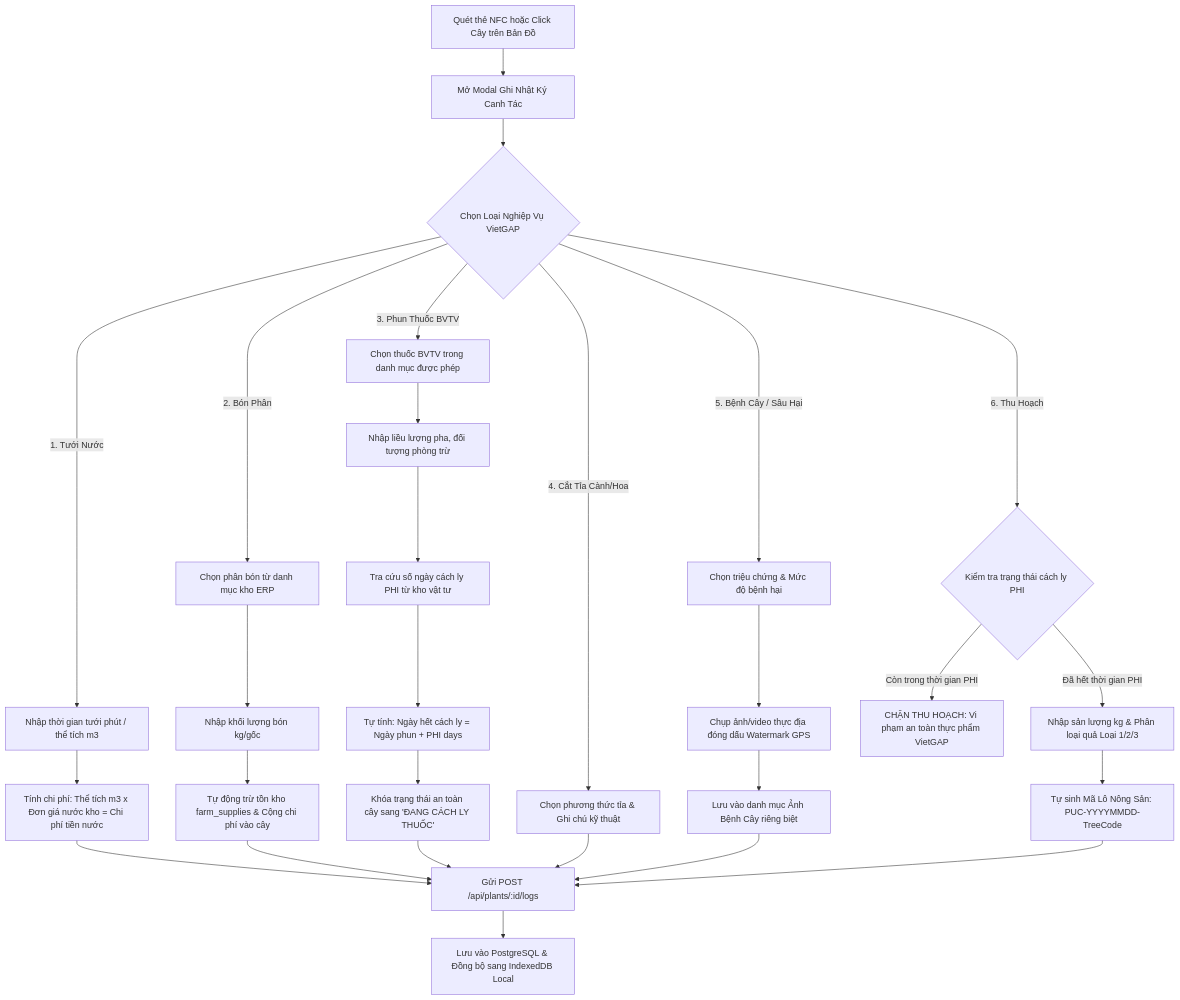
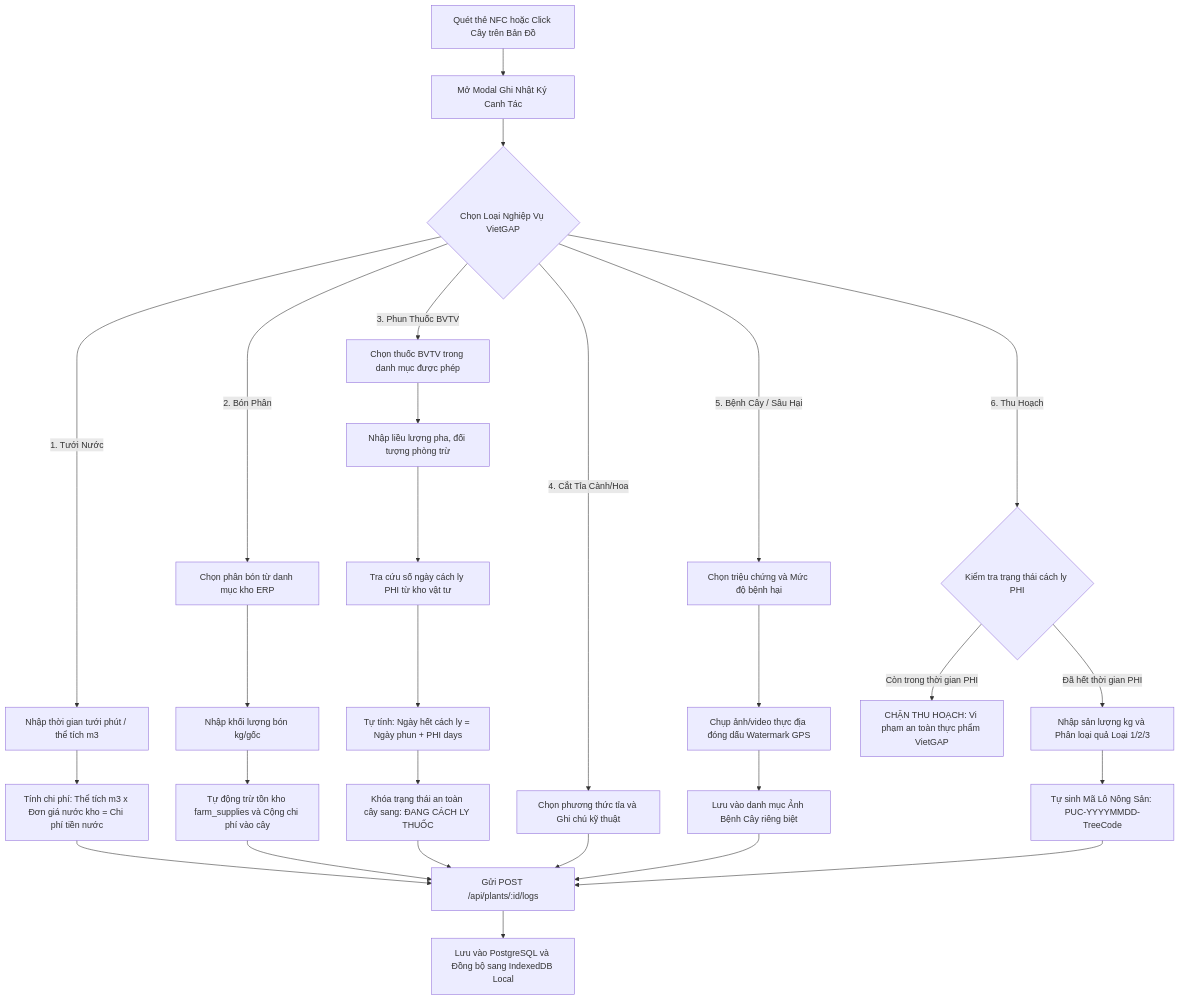
Before and after one commit to Phuc0901-pp/plant-book: the sixth of 16 diagrams in README.md, drawn with Mermaid. The commit also changed other lines of this file, not shown here.

Commit message:
docs: resolve mermaid parse errors and update enterprise system documentation

````diff
--- a/README.md
+++ b/README.md
@@ -310,44 +310,44 @@
 ```mermaid
 flowchart TD
-    A[Quét thẻ NFC hoặc Click Cây trên Bản Đồ] --> B[Mở Modal Ghi Nhật Ký Canh Tác]
-    B --> C{Chọn Loại Nghiệp Vụ VietGAP}
+    A["Quét thẻ NFC hoặc Click Cây trên Bản Đồ"] --> B["Mở Modal Ghi Nhật Ký Canh Tác"]
+    B --> C{"Chọn Loại Nghiệp Vụ VietGAP"}
 
     %% 1. Tưới nước
-    C -->|1. Tưới Nước| W1[Nhập thời gian tưới phút / thể tích m3]
-    W1 --> W2[Tính chi phí: Thể tích m3 x Đơn giá nước kho = Chi phí tiền nước]
+    C -->|"1. Tưới Nước"| W1["Nhập thời gian tưới phút / thể tích m3"]
+    W1 --> W2["Tính chi phí: Thể tích m3 x Đơn giá nước kho = Chi phí tiền nước"]
 
     %% 2. Bón phân
-    C -->|2. Bón Phân| F1[Chọn phân bón từ danh mục kho ERP]
-    F1 --> F2[Nhập khối lượng bón kg/gốc]
-    F2 --> F3[Tự động trừ tồn kho farm_supplies & Cộng chi phí vào cây]
+    C -->|"2. Bón Phân"| F1["Chọn phân bón từ danh mục kho ERP"]
+    F1 --> F2["Nhập khối lượng bón kg/gốc"]
+    F2 --> F3["Tự động trừ tồn kho farm_supplies và Cộng chi phí vào cây"]
 
     %% 3. Phun thuốc BVTV
-    C -->|3. Phun Thuốc BVTV| P1[Chọn thuốc BVTV trong danh mục được phép]
-    P1 --> P2[Nhập liều lượng pha, đối tượng phòng trừ]
-    P2 --> P3[Tra cứu số ngày cách ly PHI từ kho vật tư]
-    P3 --> P4[Tự tính: Ngày hết cách ly = Ngày phun + PHI days]
-    P4 --> P5[Khóa trạng thái an toàn cây sang 'ĐANG CÁCH LY THUỐC']
+    C -->|"3. Phun Thuốc BVTV"| P1["Chọn thuốc BVTV trong danh mục được phép"]
+    P1 --> P2["Nhập liều lượng pha, đối tượng phòng trừ"]
+    P2 --> P3["Tra cứu số ngày cách ly PHI từ kho vật tư"]
+    P3 --> P4["Tự tính: Ngày hết cách ly = Ngày phun + PHI days"]
+    P4 --> P5["Khóa trạng thái an toàn cây sang: ĐANG CÁCH LY THUỐC"]
 
     %% 4. Cắt tỉa
-    C -->|4. Cắt Tỉa Cành/Hoa| T1[Chọn phương thức tỉa & Ghi chú kỹ thuật]
+    C -->|"4. Cắt Tỉa Cành/Hoa"| T1["Chọn phương thức tỉa và Ghi chú kỹ thuật"]
 
     %% 5. Bệnh cây
-    C -->|5. Bệnh Cây / Sâu Hại| D1[Chọn triệu chứng & Mức độ bệnh hại]
-    D1 --> D2[Chụp ảnh/video thực địa đóng dấu Watermark GPS]
-    D2 --> D3[Lưu vào danh mục Ảnh Bệnh Cây riêng biệt]
+    C -->|"5. Bệnh Cây / Sâu Hại"| D1["Chọn triệu chứng và Mức độ bệnh hại"]
+    D1 --> D2["Chụp ảnh/video thực địa đóng dấu Watermark GPS"]
+    D2 --> D3["Lưu vào danh mục Ảnh Bệnh Cây riêng biệt"]
 
     %% 6. Thu hoạch
-    C -->|6. Thu Hoạch| H1{Kiểm tra trạng thái cách ly PHI}
-    H1 -->|Còn trong thời gian PHI| H2[CHẶN THU HOẠCH: Vi phạm an toàn thực phẩm VietGAP]
-    H1 -->|Đã hết thời gian PHI| H3[Nhập sản lượng kg & Phân loại quả Loại 1/2/3]
-    H3 --> H4[Tự sinh Mã Lô Nông Sản: PUC-YYYYMMDD-TreeCode]
+    C -->|"6. Thu Hoạch"| H1{"Kiểm tra trạng thái cách ly PHI"}
+    H1 -->|"Còn trong thời gian PHI"| H2["CHẶN THU HOẠCH: Vi phạm an toàn thực phẩm VietGAP"]
+    H1 -->|"Đã hết thời gian PHI"| H3["Nhập sản lượng kg và Phân loại quả Loại 1/2/3"]
+    H3 --> H4["Tự sinh Mã Lô Nông Sản: PUC-YYYYMMDD-TreeCode"]
 
-    W2 --> SaveLog[Gửi POST /api/plants/:id/logs]
+    W2 --> SaveLog["Gửi POST /api/plants/:id/logs"]
     F3 --> SaveLog
     P5 --> SaveLog
     T1 --> SaveLog
     D3 --> SaveLog
     H4 --> SaveLog
 
-    SaveLog --> DBCommit[Lưu vào PostgreSQL & Đồng bộ sang IndexedDB Local]
+    SaveLog --> DBCommit["Lưu vào PostgreSQL và Đồng bộ sang IndexedDB Local"]
 ```
````
